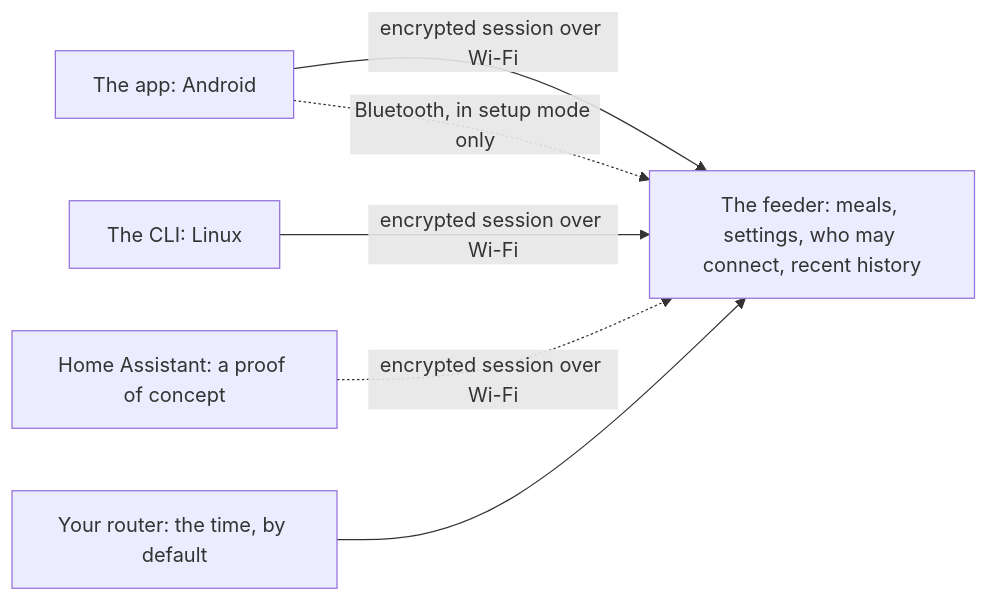
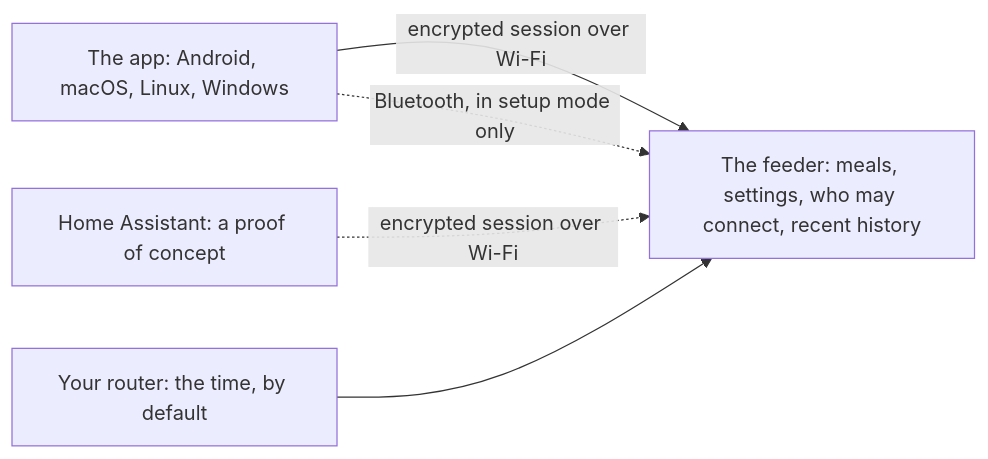
One commit to Isaac-Duarte/wellfed changed the first of 3 diagrams in docs/guide/how-it-works/system.md. Above: the diagram before and after it, drawn with Mermaid. The commit also changed other lines of this file and 25 other files, not shown here.

````diff
--- a/docs/guide/how-it-works/system.md
+++ b/docs/guide/how-it-works/system.md
@@ -11,9 +11,8 @@
 ```mermaid
 %% svg: system-parts.svg
 flowchart LR
-  app["The app: Android"] -->|encrypted session over Wi-Fi| feeder["The feeder: meals, settings, who may connect, recent history"]
+  app["The app: Android, macOS, Linux, Windows"] -->|encrypted session over Wi-Fi| feeder["The feeder: meals, settings, who may connect, recent history"]
   app -.->|Bluetooth, in setup mode only| feeder
-  cli["The CLI: Linux"] -->|encrypted session over Wi-Fi| feeder
   ha["Home Assistant: a proof of concept"] -.->|encrypted session over Wi-Fi| feeder
   router["Your router: the time, by default"] --> feeder
 ```
````
